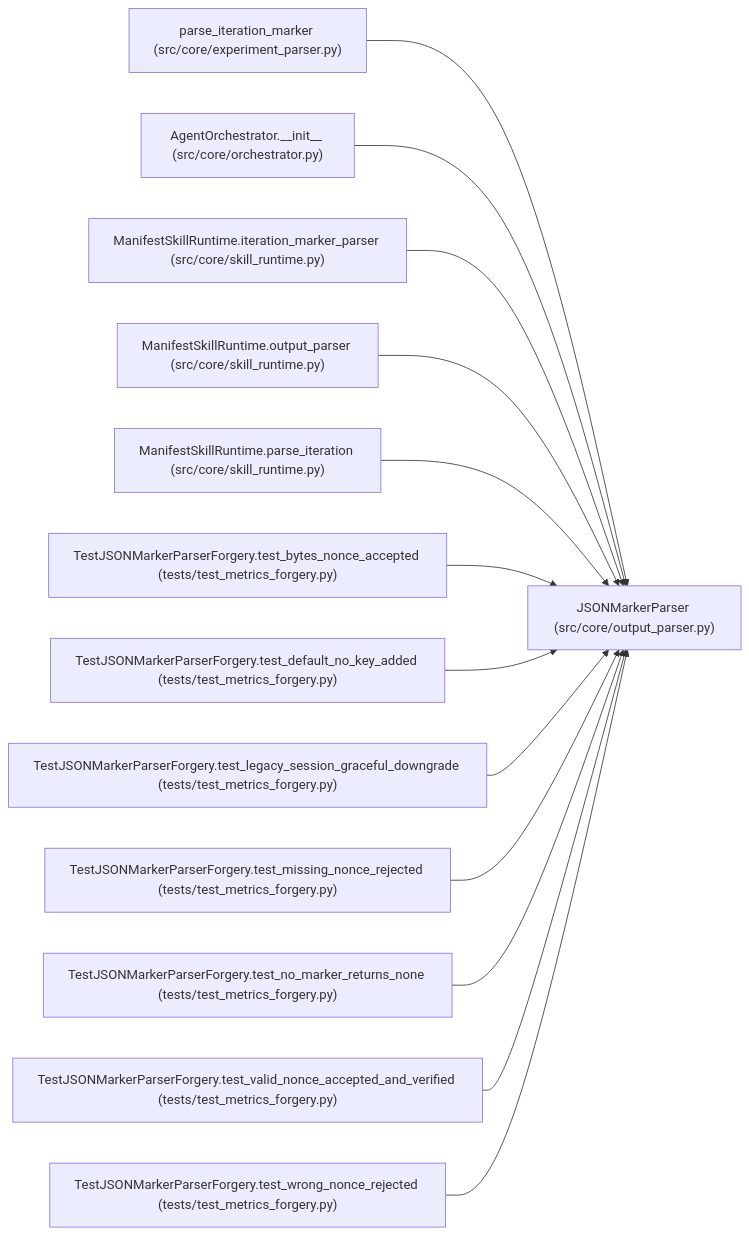
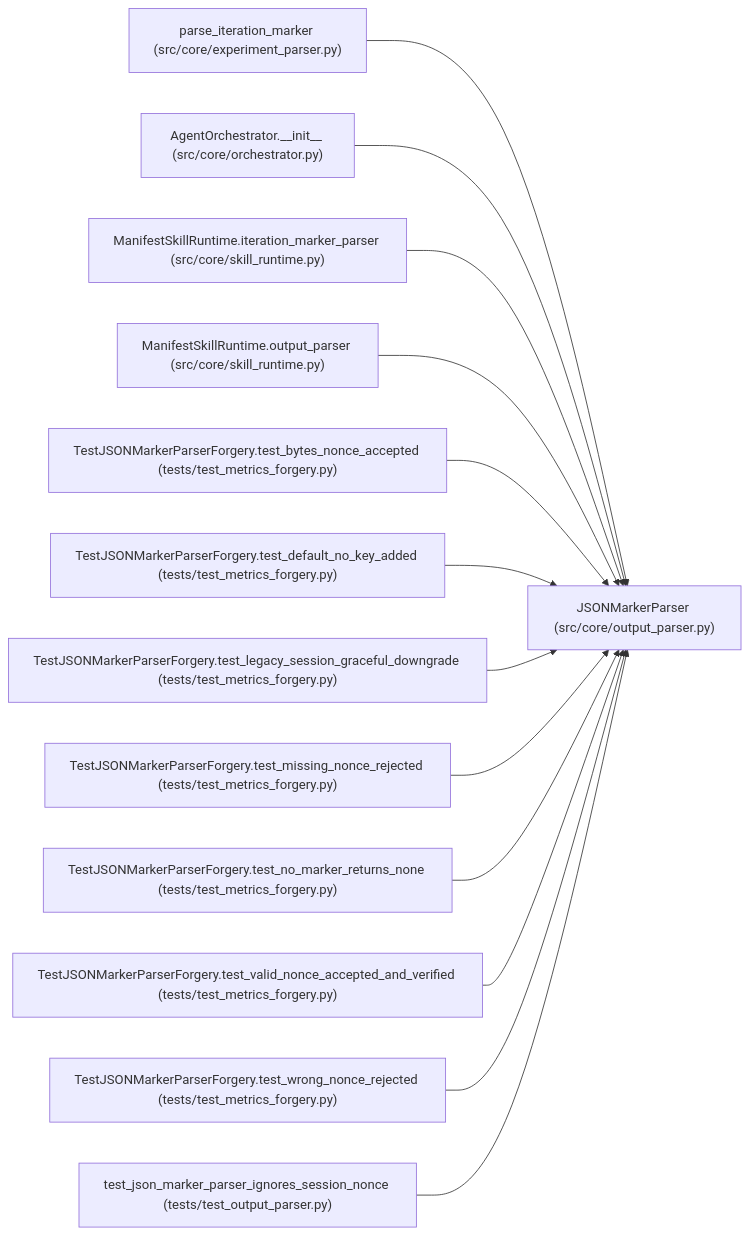
Before and after one commit to Denissvgn/autoresearch-agent: the diagram in docs/llm_wiki/entities/JSONMarkerParser.md, drawn with Mermaid. The commit also changed other lines of this file and 1033 other files, not shown here.

````diff
--- a/docs/llm_wiki/entities/JSONMarkerParser.md
+++ b/docs/llm_wiki/entities/JSONMarkerParser.md
@@ -36,41 +37,41 @@
 ```mermaid
 flowchart LR
     n0["JSONMarkerParser (src/core/output_parser.py)"]
     n1["parse_iteration_marker (src/core/experiment_parser.py)"]
     n2["AgentOrchestrator.__init__ (src/core/orchestrator.py)"]
     n3["ManifestSkillRuntime.iteration_marker_parser (src/core/skill_runtime.py)"]
     n4["ManifestSkillRuntime.output_parser (src/core/skill_runtime.py)"]
-    n5["ManifestSkillRuntime.parse_iteration (src/core/skill_runtime.py)"]
-    n6["TestJSONMarkerParserForgery.test_bytes_nonce_accepted (tests/test_metrics_forgery.py)"]
-    n7["TestJSONMarkerParserForgery.test_default_no_key_added (tests/test_metrics_forgery.py)"]
-    n8["TestJSONMarkerParserForgery.test_legacy_session_graceful_downgrade (tests/test_metrics_forgery.py)"]
-    n9["TestJSONMarkerParserForgery.test_missing_nonce_rejected (tests/test_metrics_forgery.py)"]
-    n10["TestJSONMarkerParserForgery.test_no_marker_returns_none (tests/test_metrics_forgery.py)"]
-    n11["TestJSONMarkerParserForgery.test_valid_nonce_accepted_and_verified (tests/test_metrics_forgery.py)"]
-    n12["TestJSONMarkerParserForgery.test_wrong_nonce_rejected (tests/test_metrics_forgery.py)"]
+    n5["TestJSONMarkerParserForgery.test_bytes_nonce_accepted (tests/test_metrics_forgery.py)"]
+    n6["TestJSONMarkerParserForgery.test_default_no_key_added (tests/test_metrics_forgery.py)"]
+    n7["TestJSONMarkerParserForgery.test_legacy_session_graceful_downgrade (tests/test_metrics_forgery.py)"]
+    n8["TestJSONMarkerParserForgery.test_missing_nonce_rejected (tests/test_metrics_forgery.py)"]
+    n9["TestJSONMarkerParserForgery.test_no_marker_returns_none (tests/test_metrics_forgery.py)"]
+    n10["TestJSONMarkerParserForgery.test_valid_nonce_accepted_and_verified (tests/test_metrics_forgery.py)"]
+    n11["TestJSONMarkerParserForgery.test_wrong_nonce_rejected (tests/test_metrics_forgery.py)"]
+    n12["test_json_marker_parser_ignores_session_nonce (tests/test_output_parser.py)"]
     n1 --> n0
     n2 --> n0
     n3 --> n0
     n4 --> n0
     n5 --> n0
     n6 --> n0
     n7 --> n0
     n8 --> n0
     n9 --> n0
     n10 --> n0
     n11 --> n0
     n12 --> n0
     click n0 "../modules/output_parser.md"
     click n1 "../modules/experiment_parser.md"
     click n2 "../modules/orchestrator.md"
     click n3 "../modules/skill_runtime.md"
     click n4 "../modules/skill_runtime.md"
-    click n5 "../modules/skill_runtime.md"
+    click n5 "../modules/test_metrics_forgery.md"
     click n6 "../modules/test_metrics_forgery.md"
     click n7 "../modules/test_metrics_forgery.md"
     click n8 "../modules/test_metrics_forgery.md"
     click n9 "../modules/test_metrics_forgery.md"
     click n10 "../modules/test_metrics_forgery.md"
     click n11 "../modules/test_metrics_forgery.md"
-    click n12 "../modules/test_metrics_forgery.md"
+    click n12 "../modules/test_output_parser.md"
 ```
````
